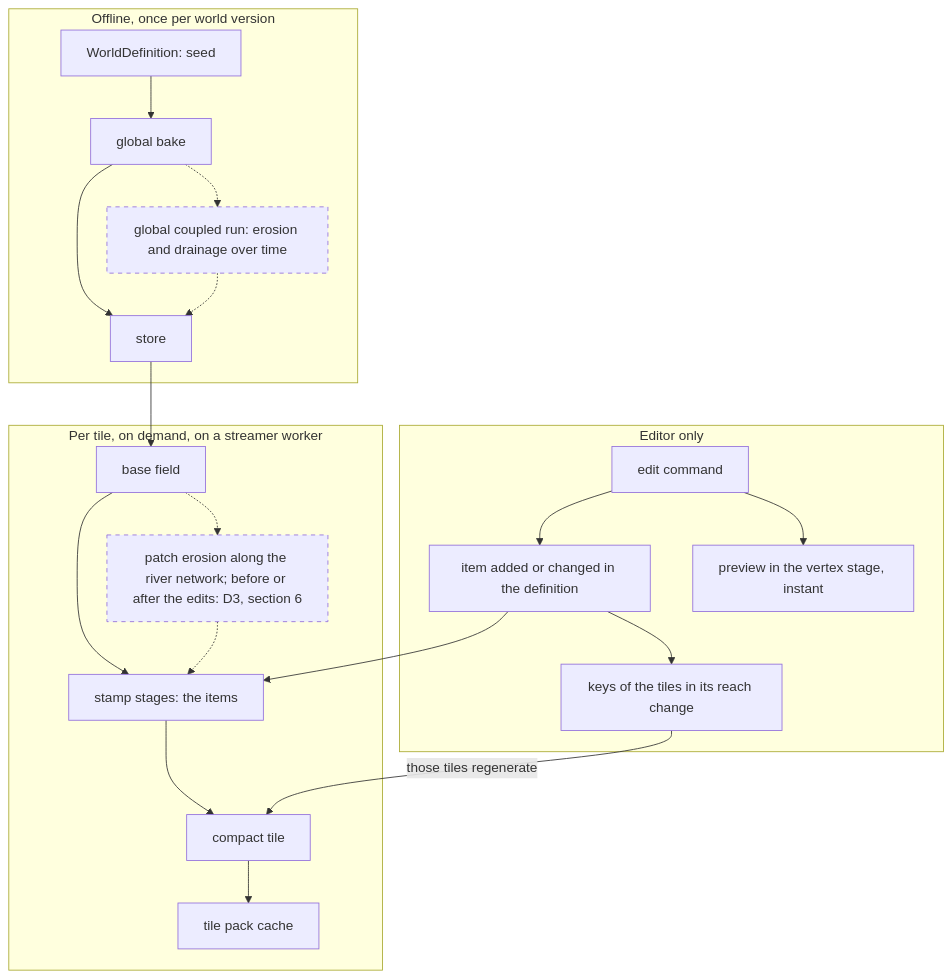
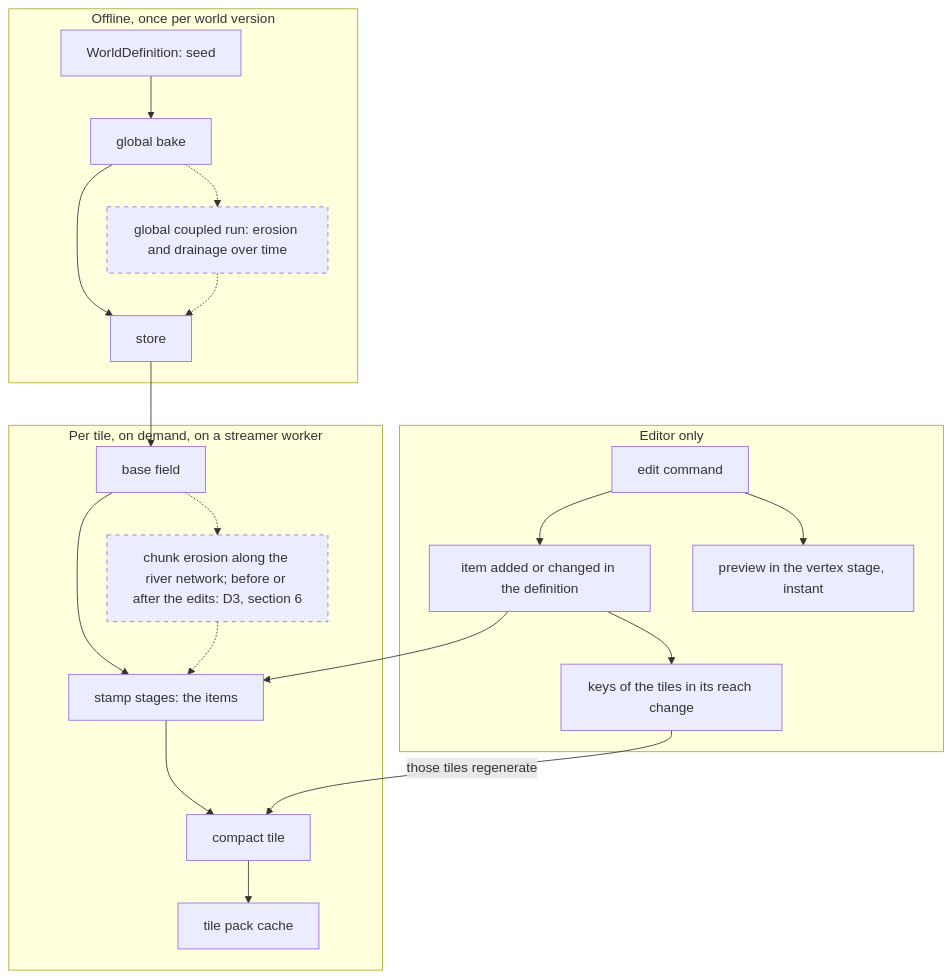
Before and after one commit to mdondorff/Serious-Planet-builder: the second of 3 diagrams in docs/domain.md, drawn with Mermaid. The commit also changed other lines of this file and 8 other files, not shown here.

````diff
--- a/docs/domain.md
+++ b/docs/domain.md
@@ -38,25 +38,25 @@
 ```mermaid
 flowchart TB
   subgraph OFF["Offline, once per world version"]
     WD["WorldDefinition: seed"] --> GB["global bake"]
     GB --> ST["store"]
     GC["global coupled run: erosion and drainage over time"]
     GB -.-> GC -.-> ST
   end
   subgraph TILE["Per tile, on demand, on a streamer worker"]
     ST --> BF["base field"]
-    BF -.-> P["patch erosion along the river network; before or after the edits: D3, section 6"]
+    BF -.-> P["chunk erosion along the river network; before or after the edits: D3, section 6"]
     BF --> SS["stamp stages: the items"]
     P -.-> SS
     SS --> CT["compact tile"] --> PK["tile pack cache"]
   end
   subgraph EDIT["Editor only"]
     E["edit command"] --> IT["item added or changed in the definition"]
     IT --> KEY["keys of the tiles in its reach change"]
     E --> PV["preview in the vertex stage, instant"]
   end
   IT --> SS
   KEY -->|those tiles regenerate| CT
   classDef planned stroke-dasharray: 5 5
   class GC,P planned
 ```
````
